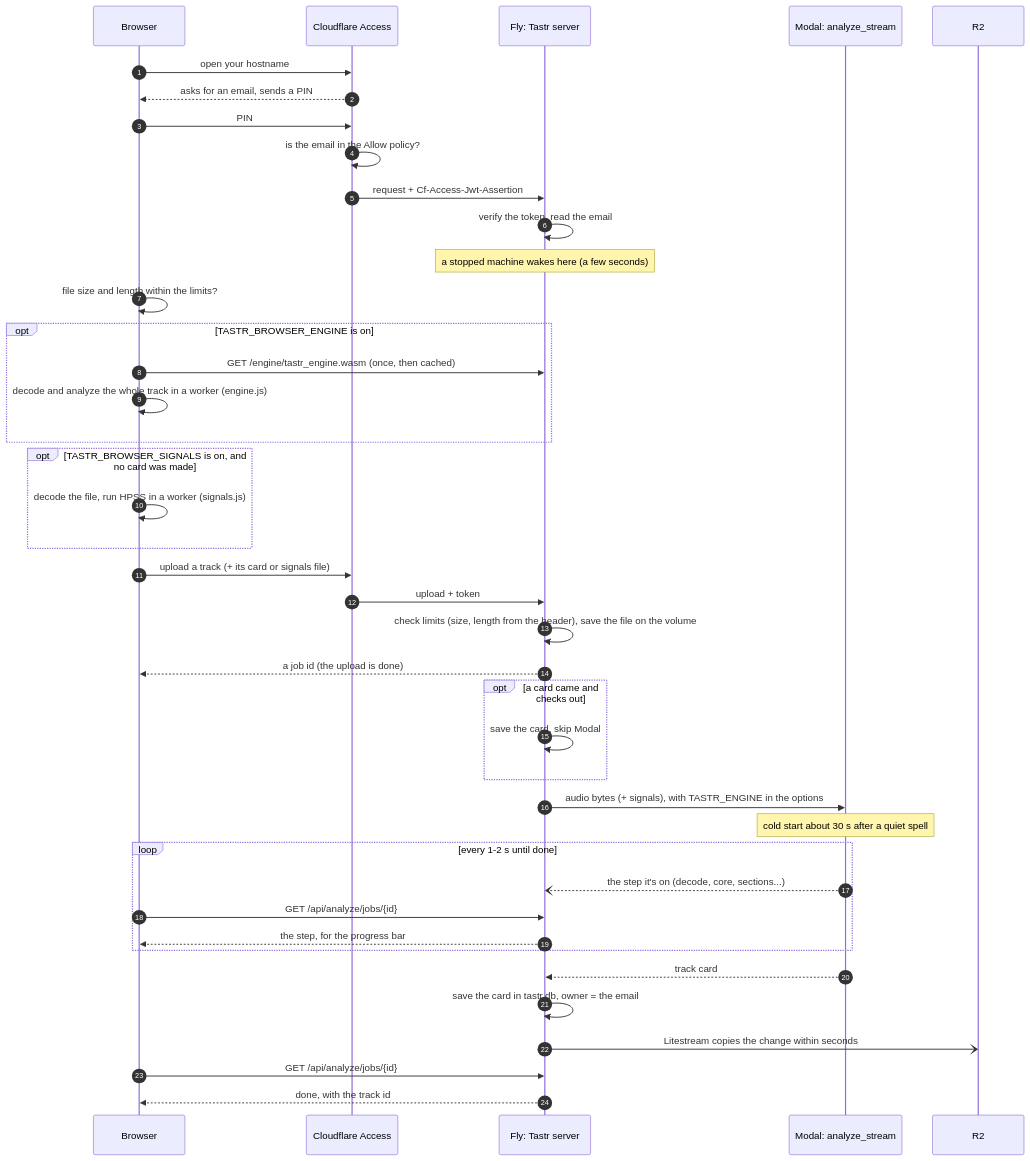
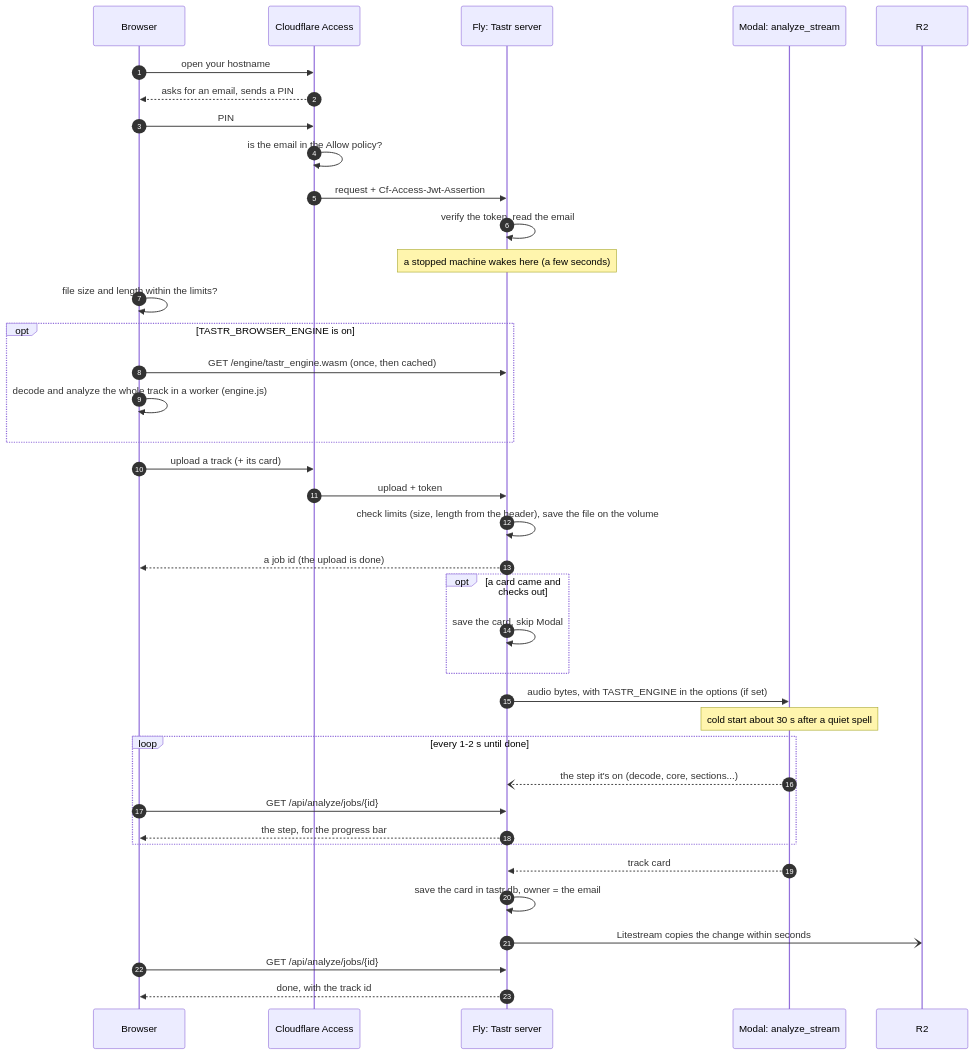
Before and after one commit to pocketIlmatto/tastr: the second of 2 diagrams in docs/hosting-map.md, drawn with Mermaid. The commit also changed other lines of this file and 21 other files, not shown here.

First line of the commit message:
Rust engine P5: Rust makes every card; the Python engine stays as the reference (#50)

````diff
--- a/docs/hosting-map.md
+++ b/docs/hosting-map.md
@@ -67,43 +67,40 @@
 ```mermaid
 sequenceDiagram
   autonumber
   participant B as Browser
   participant C as Cloudflare Access
   participant W as Fly: Tastr server
   participant M as Modal: analyze_stream
   participant R as R2
   B->>C: open your hostname
   C-->>B: asks for an email, sends a PIN
   B->>C: PIN
   C->>C: is the email in the Allow policy?
   C->>W: request + Cf-Access-Jwt-Assertion
   W->>W: verify the token, read the email
   Note over W: a stopped machine wakes here (a few seconds)
   B->>B: file size and length within the limits?
   opt TASTR_BROWSER_ENGINE is on
     B->>W: GET /engine/tastr_engine.wasm (once, then cached)
     B->>B: decode and analyze the whole track in a worker (engine.js)
   end
-  opt TASTR_BROWSER_SIGNALS is on, and no card was made
-    B->>B: decode the file, run HPSS in a worker (signals.js)
-  end
-  B->>C: upload a track (+ its card or signals file)
+  B->>C: upload a track (+ its card)
   C->>W: upload + token
   W->>W: check limits (size, length from the header), save the file on the volume
   W-->>B: a job id (the upload is done)
   opt a card came and checks out
     W->>W: save the card, skip Modal
   end
-  W->>M: audio bytes (+ signals), with TASTR_ENGINE in the options
+  W->>M: audio bytes, with TASTR_ENGINE in the options (if set)
   Note over M: cold start about 30 s after a quiet spell
   loop every 1-2 s until done
     M--)W: the step it's on (decode, core, sections...)
     B->>W: GET /api/analyze/jobs/{id}
     W-->>B: the step, for the progress bar
   end
   M-->>W: track card
   W->>W: save the card in tastr.db, owner = the email
   W-)R: Litestream copies the change within seconds
   B->>W: GET /api/analyze/jobs/{id}
   W-->>B: done, with the track id
 ```
````
